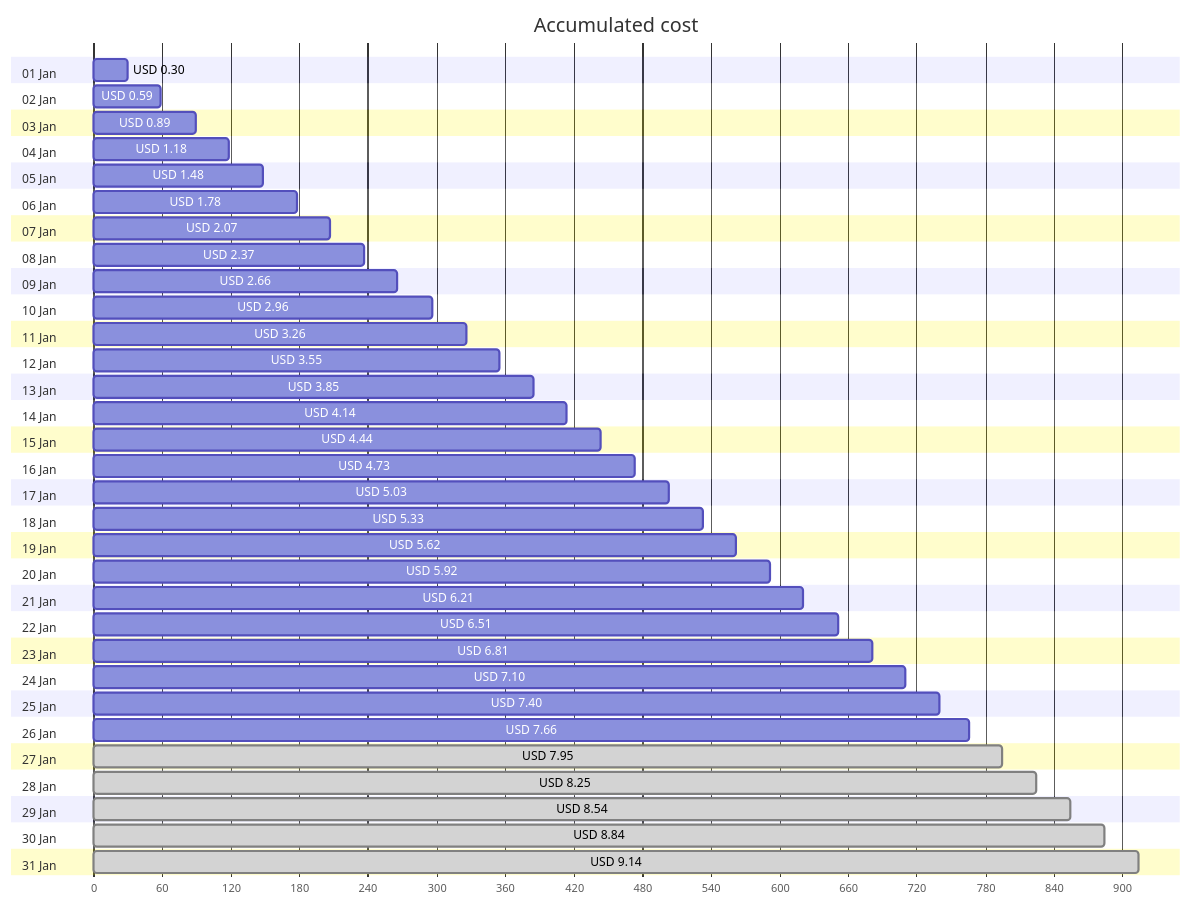
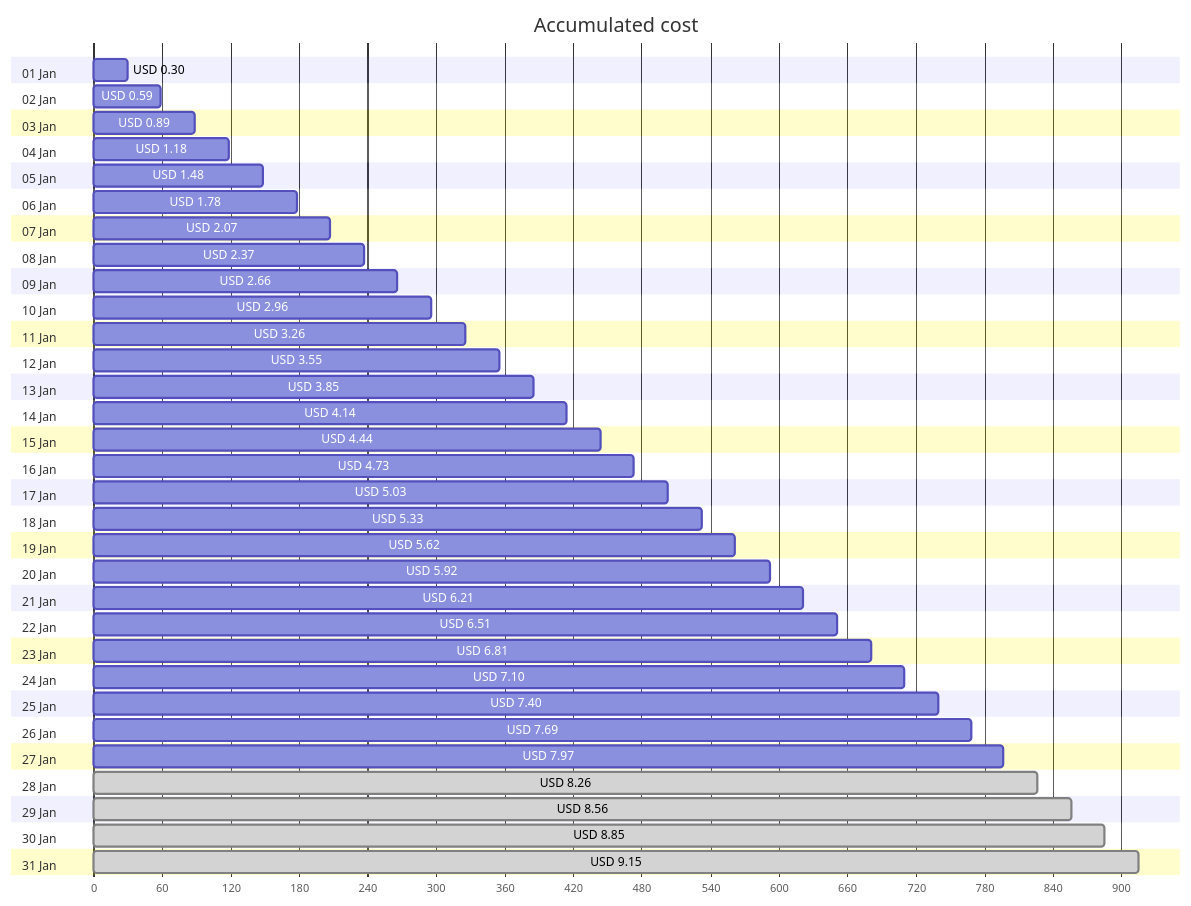
Before and after one commit to jpfulton/azure-personal-reports: the first of 4 diagrams in cost-reports/personal-site/personal-site-preview.md, drawn with Mermaid. The commit also changed other lines of this file and 6 other files, not shown here.

````diff
--- a/cost-reports/personal-site/personal-site-preview.md
+++ b/cost-reports/personal-site/personal-site-preview.md
@@ -20,68 +20,68 @@
 ```mermaid
 gantt
    title Accumulated cost
    dateFormat  X
    axisFormat %s
    section 01 Jan
    USD 0.30 :0, 30
    section 02 Jan
    USD 0.59 :0, 59
    section 03 Jan
    USD 0.89 :0, 89
    section 04 Jan
    USD 1.18 :0, 118
    section 05 Jan
    USD 1.48 :0, 148
    section 06 Jan
    USD 1.78 :0, 178
    section 07 Jan
    USD 2.07 :0, 207
    section 08 Jan
    USD 2.37 :0, 237
    section 09 Jan
    USD 2.66 :0, 266
    section 10 Jan
    USD 2.96 :0, 296
    section 11 Jan
    USD 3.26 :0, 326
    section 12 Jan
    USD 3.55 :0, 355
    section 13 Jan
    USD 3.85 :0, 385
    section 14 Jan
    USD 4.14 :0, 414
    section 15 Jan
    USD 4.44 :0, 444
    section 16 Jan
    USD 4.73 :0, 473
    section 17 Jan
    USD 5.03 :0, 503
    section 18 Jan
    USD 5.33 :0, 533
    section 19 Jan
    USD 5.62 :0, 562
    section 20 Jan
    USD 5.92 :0, 592
    section 21 Jan
    USD 6.21 :0, 621
    section 22 Jan
    USD 6.51 :0, 651
    section 23 Jan
    USD 6.81 :0, 681
    section 24 Jan
    USD 7.10 :0, 710
    section 25 Jan
    USD 7.40 :0, 740
    section 26 Jan
-   USD 7.66 :0, 766
+   USD 7.69 :0, 769
    section 27 Jan
-   USD 7.95 : done, 0, 795
+   USD 7.97 :0, 797
    section 28 Jan
-   USD 8.25 : done, 0, 825
+   USD 8.26 : done, 0, 826
    section 29 Jan
-   USD 8.54 : done, 0, 854
+   USD 8.56 : done, 0, 856
    section 30 Jan
-   USD 8.84 : done, 0, 884
+   USD 8.85 : done, 0, 885
    section 31 Jan
-   USD 9.14 : done, 0, 914
+   USD 9.15 : done, 0, 915
 ```
````
